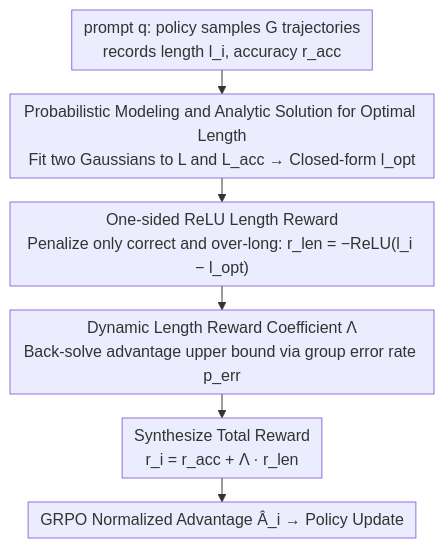
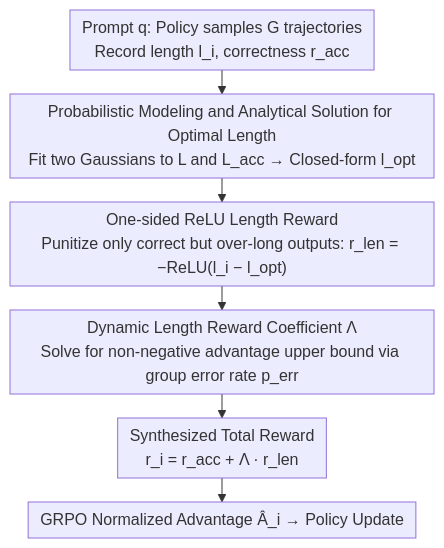
Before and after one commit to zhaoyang97/Paper-Notes-en: the diagram in docs/ICML2026/llm_reasoning/smartthinker_progressive_chain-of-thought_length_calibration_for_efficient_large.md, drawn with Mermaid. The commit also changed other lines of this file and 5084 other files, not shown here.

````diff
--- a/docs/ICML2026/llm_reasoning/smartthinker_progressive_chain-of-thought_length_calibration_for_efficient_large.md
+++ b/docs/ICML2026/llm_reasoning/smartthinker_progressive_chain-of-thought_length_calibration_for_efficient_large.md
@@ -43,9 +43,9 @@
 ```mermaid
 %%{init: {'flowchart': {'rankSpacing': 24, 'nodeSpacing': 28, 'padding': 6, 'wrappingWidth': 400}}}%%
 flowchart TD
-    A["prompt q: policy samples G trajectories<br/>records length l_i, accuracy r_acc"] --> B["Probabilistic Modeling and Analytic Solution for Optimal Length<br/>Fit two Gaussians to L and L_acc → Closed-form l_opt"]
-    B --> C["One-sided ReLU Length Reward<br/>Penalize only correct and over-long: r_len = −ReLU(l_i − l_opt)"]
-    C --> D["Dynamic Length Reward Coefficient Λ<br/>Back-solve advantage upper bound via group error rate p_err"]
-    D --> E["Synthesize Total Reward<br/>r_i = r_acc + Λ · r_len"]
+    A["Prompt q: Policy samples G trajectories<br/>Record length l_i, correctness r_acc"] --> B["Probabilistic Modeling and Analytical Solution for Optimal Length<br/>Fit two Gaussians to L and L_acc → Closed-form l_opt"]
+    B --> C["One-sided ReLU Length Reward<br/>Punitize only correct but over-long outputs: r_len = −ReLU(l_i − l_opt)"]
+    C --> D["Dynamic Length Reward Coefficient Λ<br/>Solve for non-negative advantage upper bound via group error rate p_err"]
+    D --> E["Synthesized Total Reward<br/>r_i = r_acc + Λ · r_len"]
     E --> F["GRPO Normalized Advantage Â_i → Policy Update"]
 ```
````
